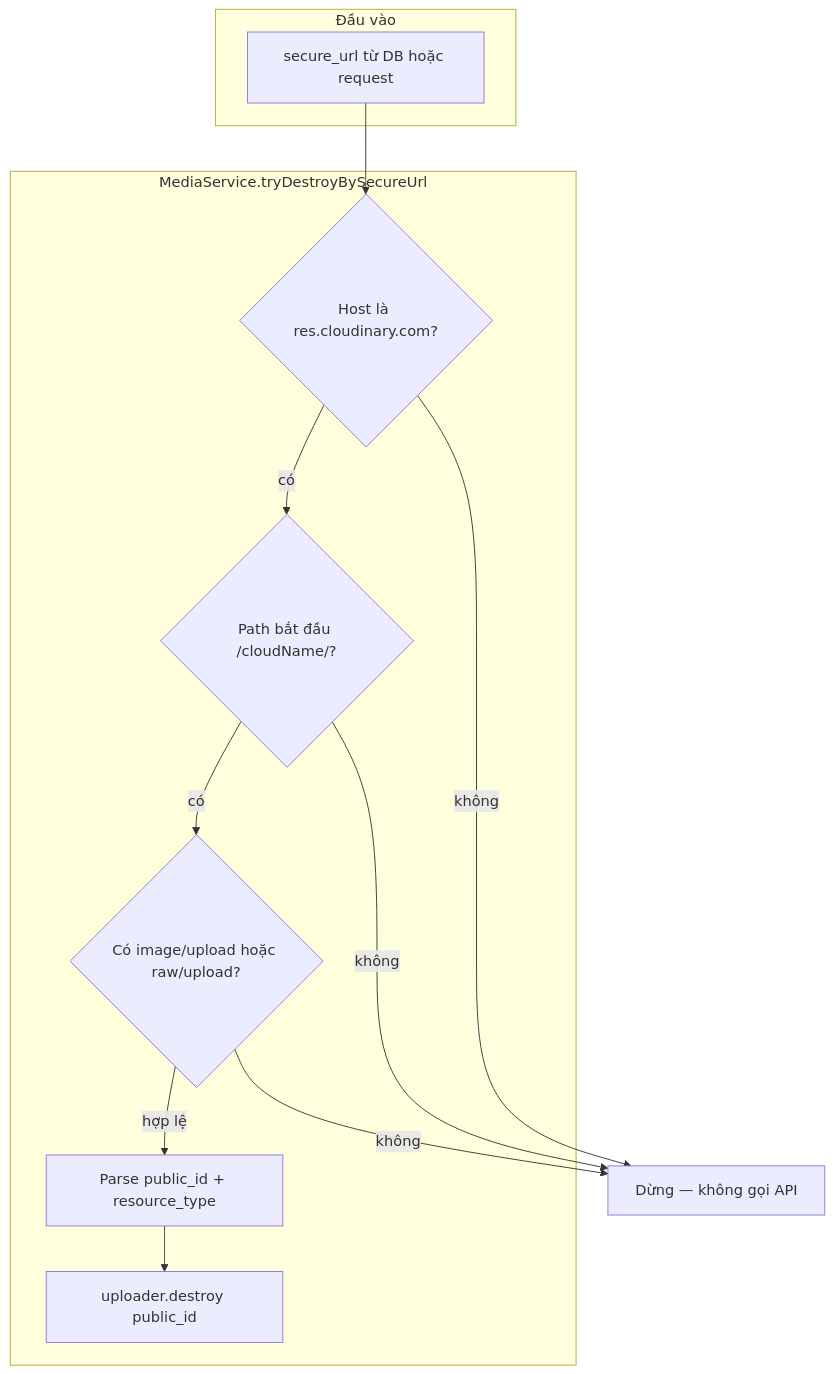
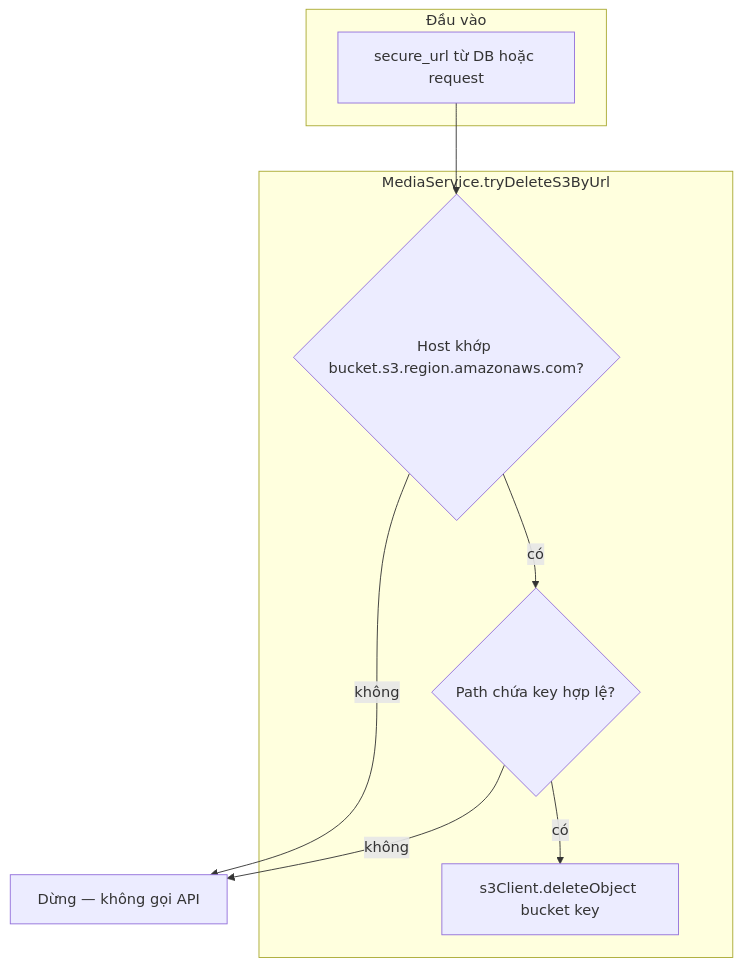
Diagram 14 of 16 in architecture.md (dangkhoi88x/UngDungGoiXe), drawn with Mermaid before and after one commit. The commit also changed other lines of this file and 1 other file, not shown here.

````diff
--- a/architecture.md
+++ b/architecture.md
@@ -814,20 +815,16 @@
 ```mermaid
 flowchart TB
   subgraph in [Đầu vào]
     U[secure_url từ DB hoặc request]
   end
-  subgraph gate [MediaService.tryDestroyBySecureUrl]
-    H{Host là res.cloudinary.com?}
-    P{Path bắt đầu /cloudName/?}
-    R{Có image/upload hoặc raw/upload?}
-    X[Parse public_id + resource_type]
-    D[uploader.destroy public_id]
+  subgraph gate [MediaService.tryDeleteS3ByUrl]
+    H{Host khớp bucket.s3.region.amazonaws.com?}
+    P{Path chứa key hợp lệ?}
+    D[s3Client.deleteObject bucket key]
   end
   U --> H
   H -->|không| Z[Dừng — không gọi API]
   H -->|có| P
   P -->|không| Z
-  P -->|có| R
-  R -->|hợp lệ| X --> D
-  R -->|không| Z
+  P -->|có| D
 ```
````
